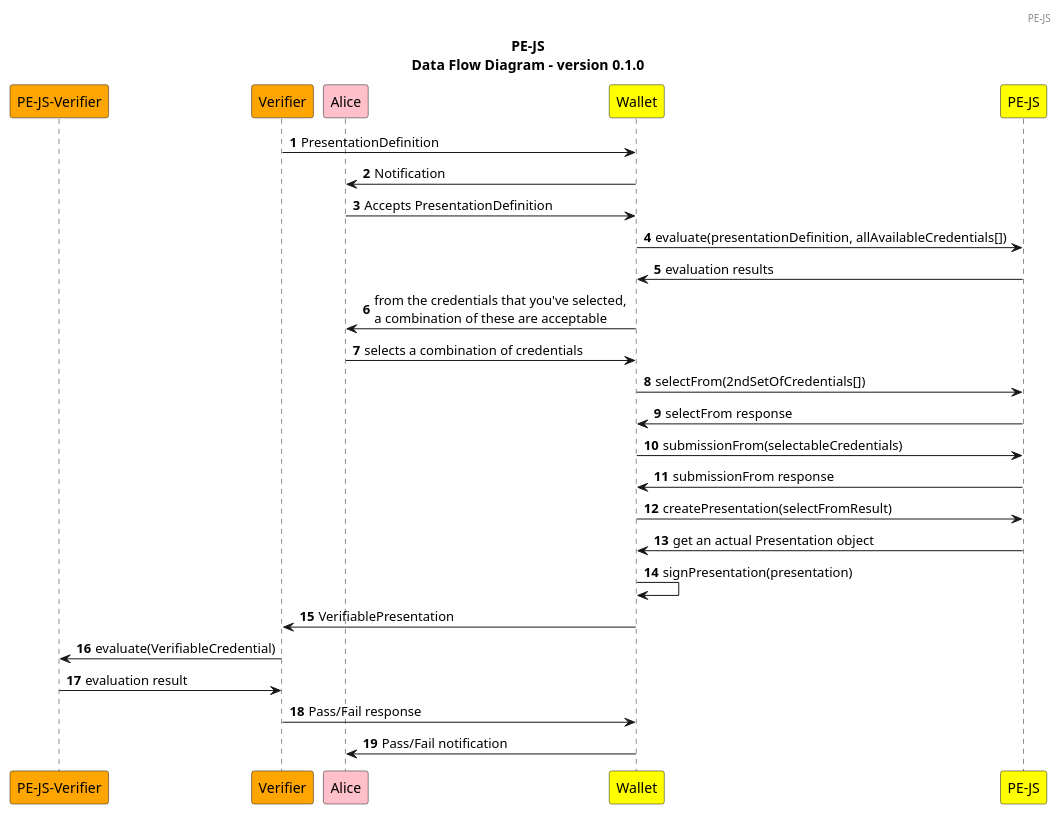
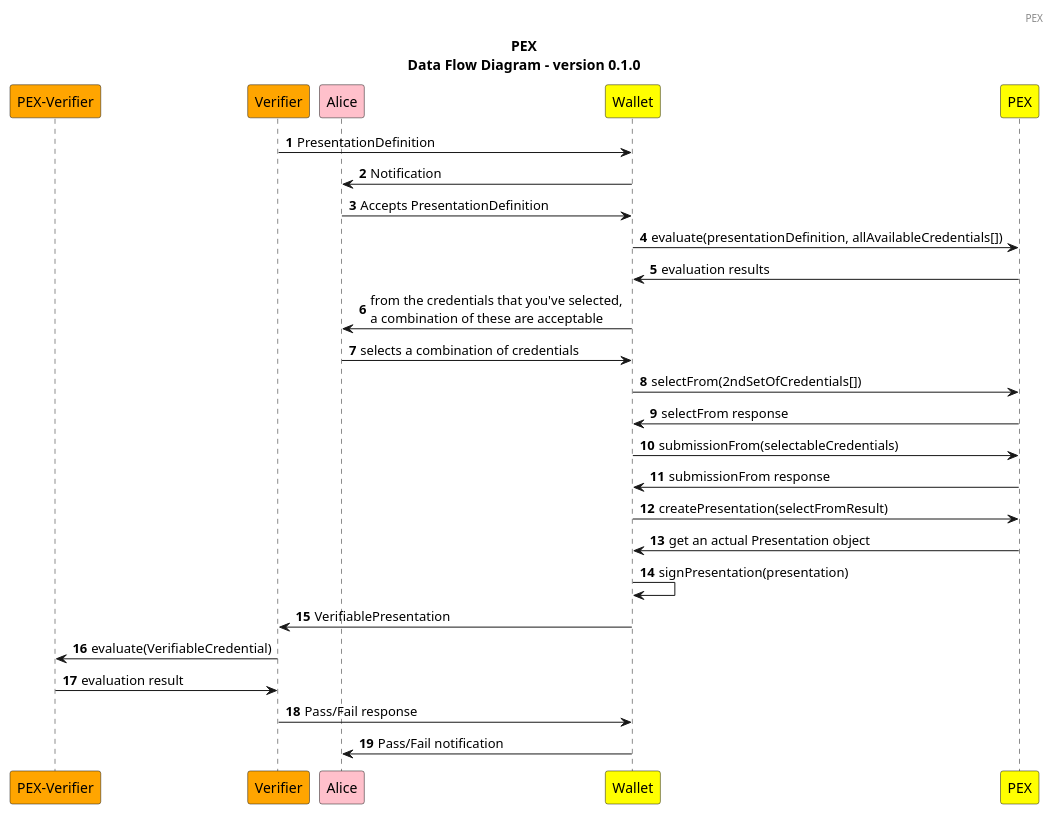
The diagram in docs/simple-scenario.puml (Sphereon-Opensource/PEX), drawn with PlantUML before and after one commit. The commit also changed 1 other file, not shown here.

Commit message:
ESSIFI-159: updated readme and diagram

```diff
--- a/docs/simple-scenario.puml
+++ b/docs/simple-scenario.puml
@@ -1,41 +1,41 @@
 @startuml
 
-header PE-JS
+header PEX
 
 title
-PE-JS
+PEX
 Data Flow Diagram - version 0.1.0
 end title
 
 
 autonumber
 
-participant "PE-JS-Verifier" as PE2 order 0 #ORANGE
+participant "PEX-Verifier" as PE2 order 0 #ORANGE
 participant "Verifier" as V order 1 #ORANGE
 participant "Alice" as A order 2 #PINK
 participant "Wallet" as W order 3 #YELLOW
-participant "PE-JS" as PE order 4 #YELLOW
+participant "PEX" as PE order 4 #YELLOW
 
 V -> W: PresentationDefinition
 W -> A: Notification
 A -> W: Accepts PresentationDefinition
 W -> PE: evaluate(presentationDefinition, allAvailableCredentials[])
 PE -> W: evaluation results
 W -> A: from the credentials that you've selected, \na combination of these are acceptable
 A -> W: selects a combination of credentials
 W -> PE: selectFrom(2ndSetOfCredentials[])
 PE -> W: selectFrom response
 W -> PE: submissionFrom(selectableCredentials)
 PE -> W: submissionFrom response
 
 W -> PE: createPresentation(selectFromResult)
 PE -> W: get an actual Presentation object
 W -> W: signPresentation(presentation)
 
 W -> V: VerifiablePresentation
 
 V -> PE2: evaluate(VerifiableCredential)
 PE2 -> V: evaluation result
 V -> W: Pass/Fail response
 W -> A: Pass/Fail notification
 @enduml
```
